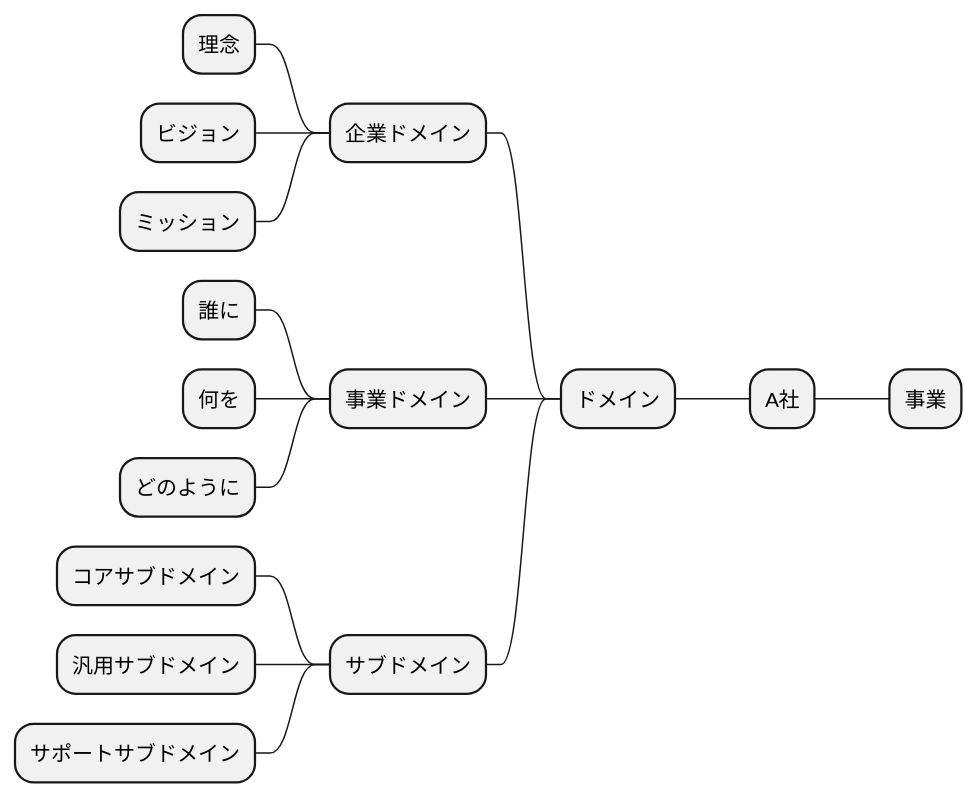
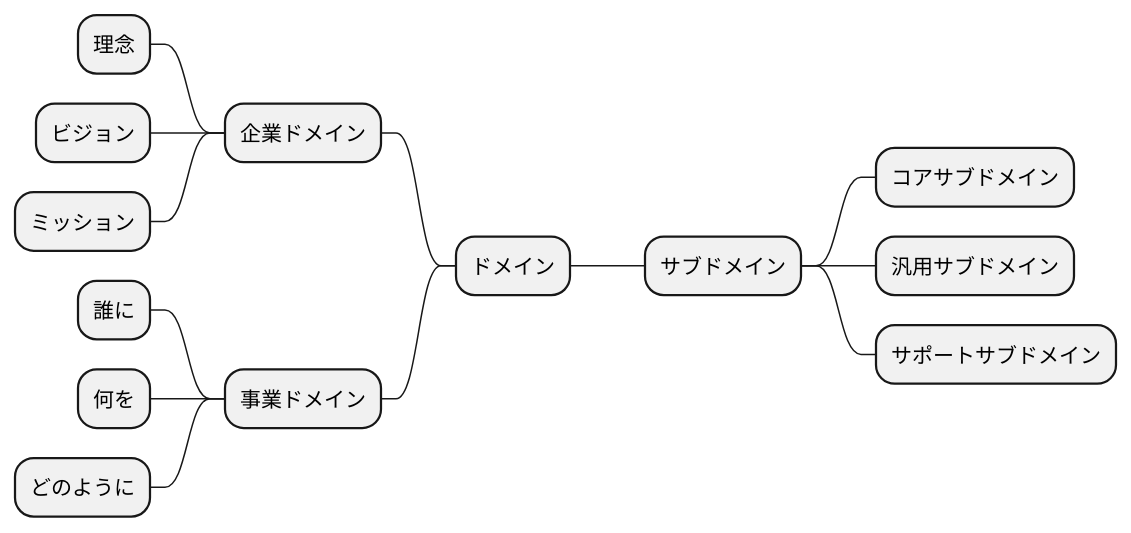
Diagram 16 of 19 in lib/assets/docs/template/企業分析.md (k2works/claude-code-booster), drawn with PlantUML before and after one commit. The commit also changed other lines of this file and 1 other file, not shown here.

````diff
--- a/lib/assets/docs/template/企業分析.md
+++ b/lib/assets/docs/template/企業分析.md
@@ -209,21 +504,24 @@
 ```plantuml
 @startmindmap
 
-* A社
--- ドメイン
---- 企業ドメイン
----- 理念
----- ビジョン
----- ミッション
---- 事業ドメイン
----- 誰に
----- 何を
----- どのように
---- サブドメイン
----- コアサブドメイン
----- 汎用サブドメイン
----- サポートサブドメイン
-** 事業
+* ドメイン
+
+left side
+** 企業ドメイン
+*** 理念
+*** ビジョン
+*** ミッション
+** 事業ドメイン
+*** 誰に
+*** 何を
+*** どのように
+
+right side
+
+** サブドメイン
+*** コアサブドメイン
+*** 汎用サブドメイン
+*** サポートサブドメイン
 
 @endmindmap
 ```
````
